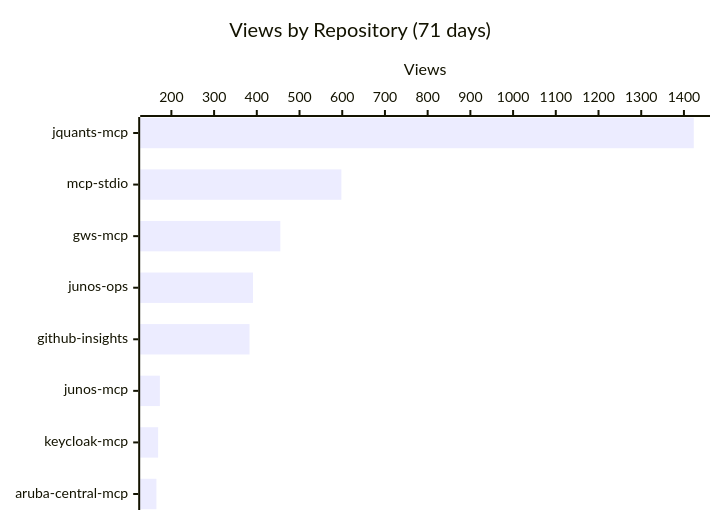
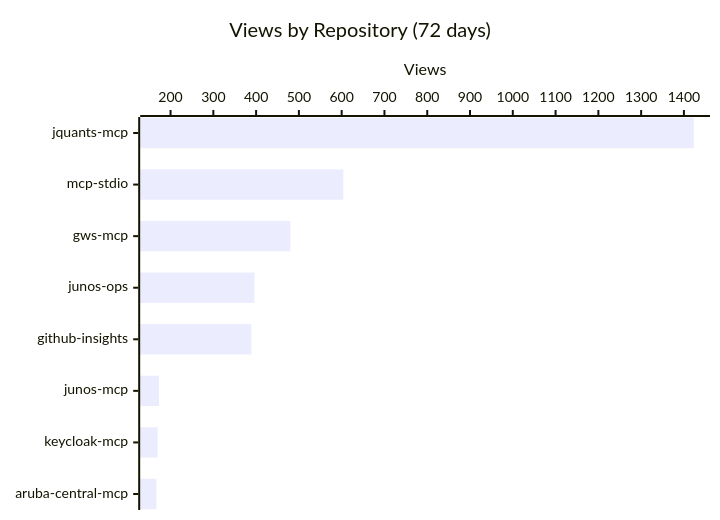
One commit to shigechika/github-insights changed the first of 3 diagrams in README.md. Above: the diagram before and after it, drawn with Mermaid. The commit also changed other lines of this file and 2 other files, not shown here.

````diff
--- a/README.md
+++ b/README.md
@@ -18,7 +18,7 @@
 ```mermaid
 xychart-beta horizontal
-    title "Views by Repository (71 days)"
+    title "Views by Repository (72 days)"
     x-axis ["jquants-mcp", "mcp-stdio", "gws-mcp", "junos-ops", "github-insights", "junos-mcp", "keycloak-mcp", "aruba-central-mcp"]
     y-axis "Views"
-    bar [1423, 598, 455, 391, 383, 173, 169, 165]
+    bar [1423, 604, 480, 396, 389, 173, 170, 167]
 ```
````
